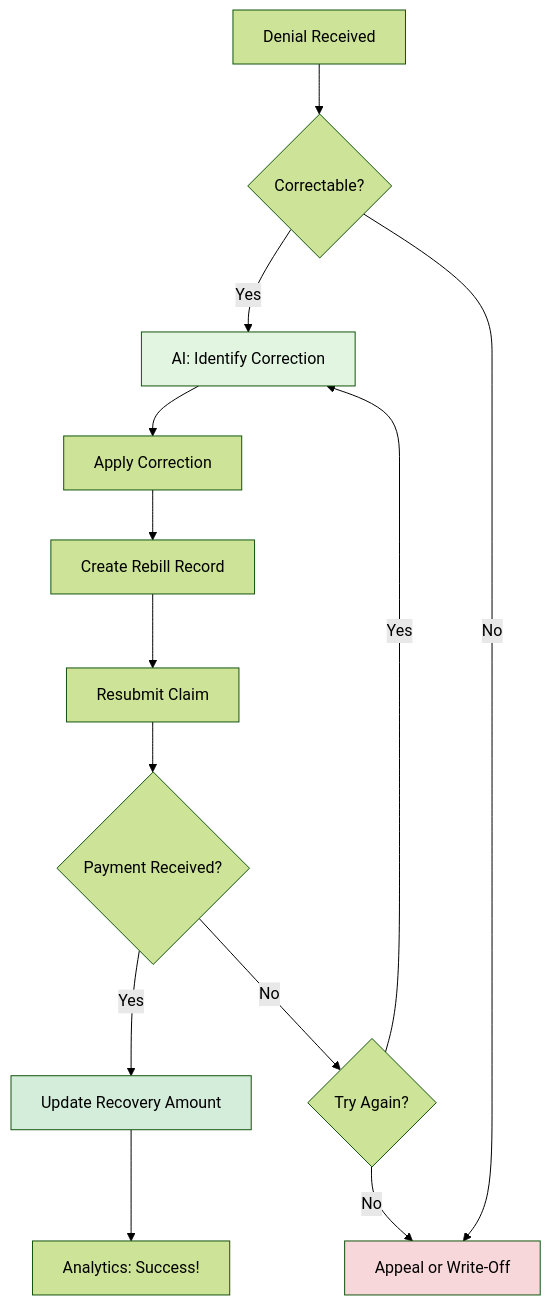
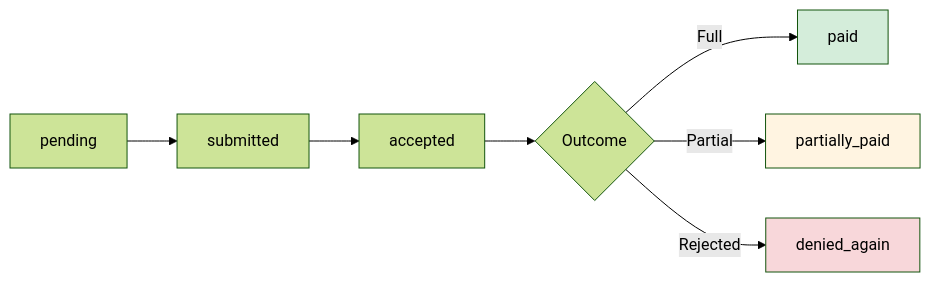
The diagram in packages/docs/docs/workflows/rebills.md (caverac/rcm), drawn with Mermaid (forest theme) before and after one commit. The commit also changed other lines of this file and 29 other files, not shown here.

Commit message:
fix(shared-types): updated schemas

````diff
--- a/packages/docs/docs/workflows/rebills.md
+++ b/packages/docs/docs/workflows/rebills.md
@@ -21,23 +114,13 @@
 ```mermaid
-graph TD
-    A[Denial Received] --> B{Correctable?}
-    B -->|Yes| C[AI: Identify Correction]
-    B -->|No| D[Appeal or Write-Off]
+graph LR
+    A[pending] --> B[submitted]
+    B --> C[accepted]
+    C --> D{Outcome}
+    D -->|Full| E[paid]
+    D -->|Partial| F[partially_paid]
+    D -->|Rejected| G[denied_again]
 
-    C --> E[Apply Correction]
-    E --> F[Create Rebill Record]
-    F --> G[Resubmit Claim]
-
-    G --> H{Payment Received?}
-    H -->|Yes| I[Update Recovery Amount]
-    H -->|No| J{Try Again?}
-
-    J -->|Yes| C
-    J -->|No| D
-
-    I --> K[Analytics: Success!]
-
-    style C fill:#e1f5e1
-    style I fill:#d4edda
-    style D fill:#f8d7da
+    style E fill:#d4edda
+    style F fill:#fff4e1
+    style G fill:#f8d7da
 ```
````
